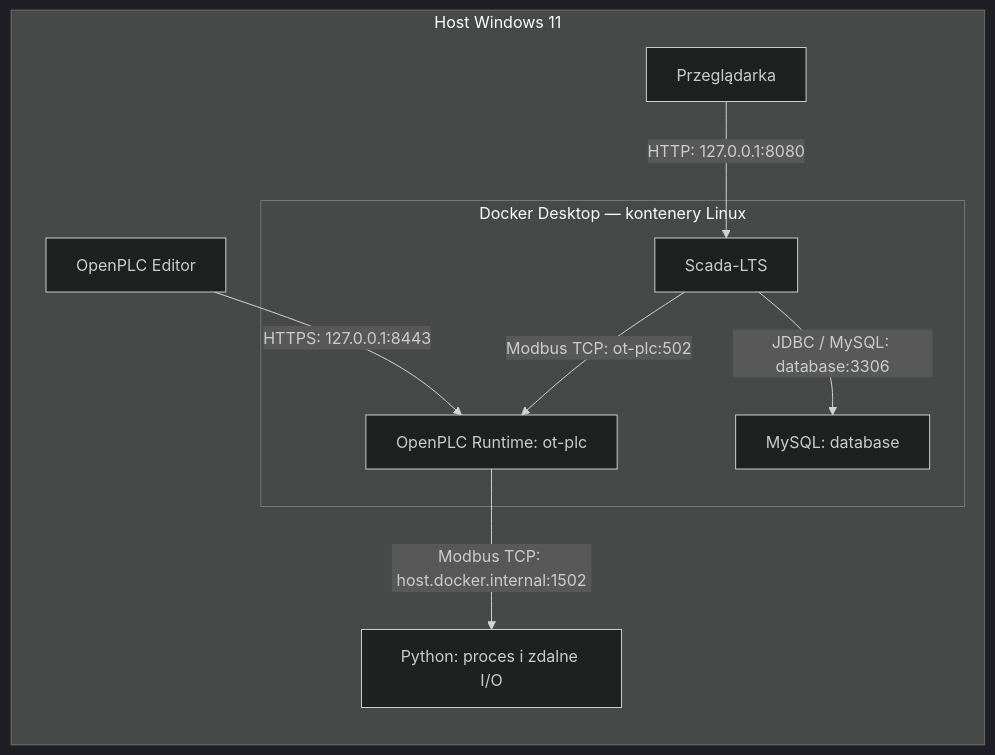
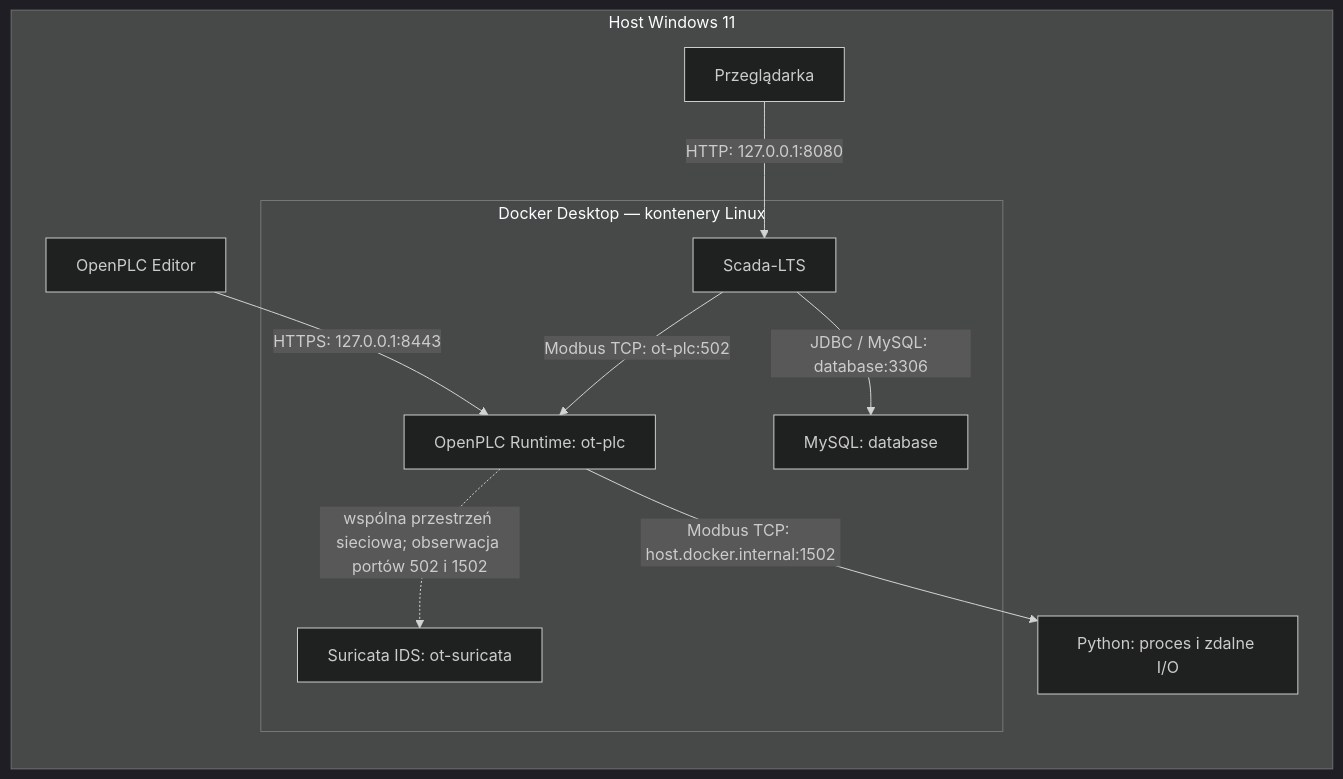
One commit to Kamil-Klecz/PLC_cybersec changed the diagram in docs/ARCHITEKTURA.md. Above: the diagram before and after it, drawn with Mermaid (dark theme). The commit also changed other lines of this file and 14 other files, not shown here.

````diff
--- a/docs/ARCHITEKTURA.md
+++ b/docs/ARCHITEKTURA.md
@@ -92,18 +117,20 @@
 ```mermaid
 flowchart LR
     subgraph Windows["Host Windows 11"]
         Browser["Przeglądarka"]
         Editor["OpenPLC Editor"]
         Process["Python: proces i zdalne I/O"]
         subgraph Docker["Docker Desktop — kontenery Linux"]
             HMI["Scada-LTS"]
             PLC["OpenPLC Runtime: ot-plc"]
+            IDS["Suricata IDS: ot-suricata"]
             DB["MySQL: database"]
         end
     end
     Browser -->|"HTTP: 127.0.0.1:8080"| HMI
     Editor -->|"HTTPS: 127.0.0.1:8443"| PLC
     HMI -->|"Modbus TCP: ot-plc:502"| PLC
     PLC -->|"Modbus TCP: host.docker.internal:1502"| Process
     HMI -->|"JDBC / MySQL: database:3306"| DB
+    PLC -.->|"wspólna przestrzeń sieciowa; obserwacja portów 502 i 1502"| IDS
 ```
````
